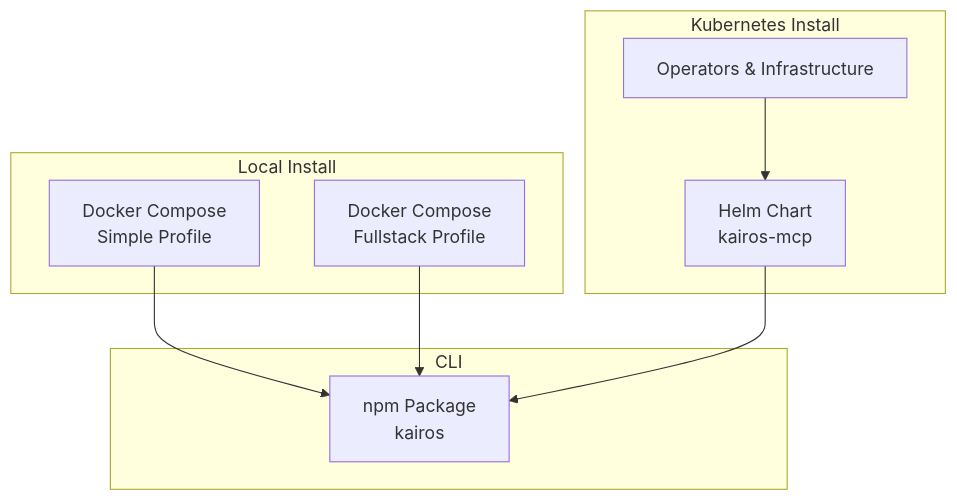
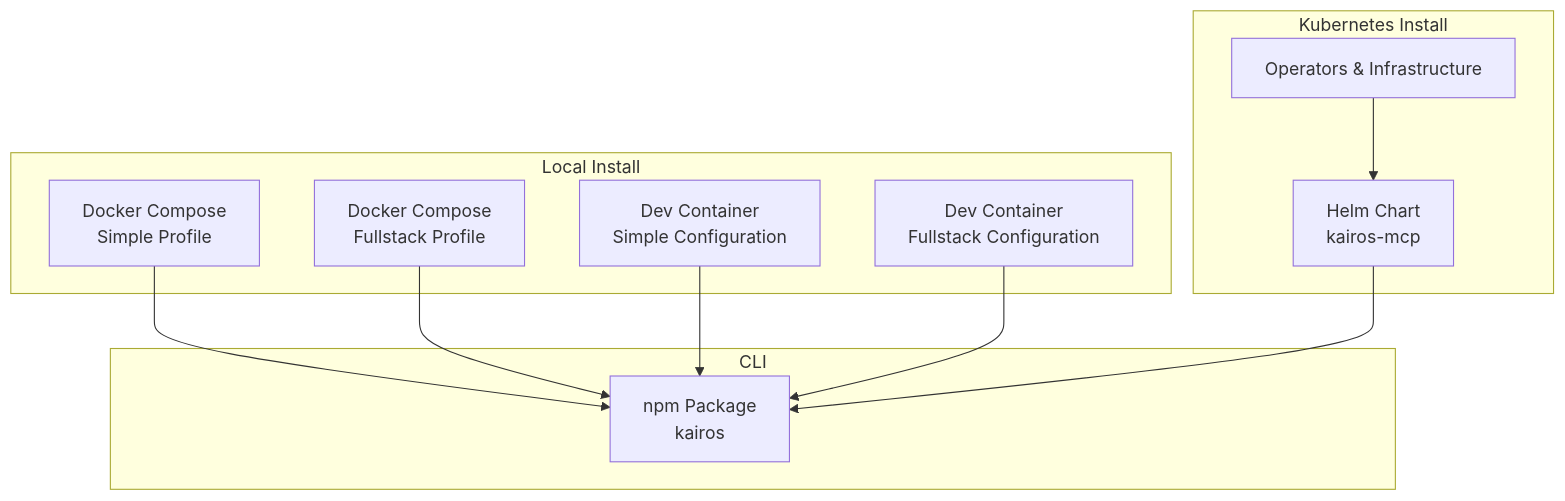
One commit to debian777/kairos-mcp changed the first of 7 diagrams in .qoder/repowiki/en/content/Project Overview/Installation Options.md. Above: the diagram before and after it, drawn with Mermaid. The commit also changed other lines of this file and 16 other files, not shown here.

````diff
--- a/.qoder/repowiki/en/content/Project Overview/Installation Options.md
+++ b/.qoder/repowiki/en/content/Project Overview/Installation Options.md
@@ -45,18 +60,22 @@
 ```mermaid
 graph TB
 subgraph "Local Install"
 A["Docker Compose<br/>Simple Profile"]
 B["Docker Compose<br/>Fullstack Profile"]
+C["Dev Container<br/>Simple Configuration"]
+D["Dev Container<br/>Fullstack Configuration"]
 end
 subgraph "Kubernetes Install"
-C["Helm Chart<br/>kairos-mcp"]
-D["Operators & Infrastructure"]
+E["Helm Chart<br/>kairos-mcp"]
+F["Operators & Infrastructure"]
 end
 subgraph "CLI"
-E["npm Package<br/>kairos"]
+G["npm Package<br/>kairos"]
 end
-A --> E
-B --> E
-C --> E
-D --> C
+A --> G
+B --> G
+C --> G
+D --> G
+E --> G
+F --> E
 ```
````
